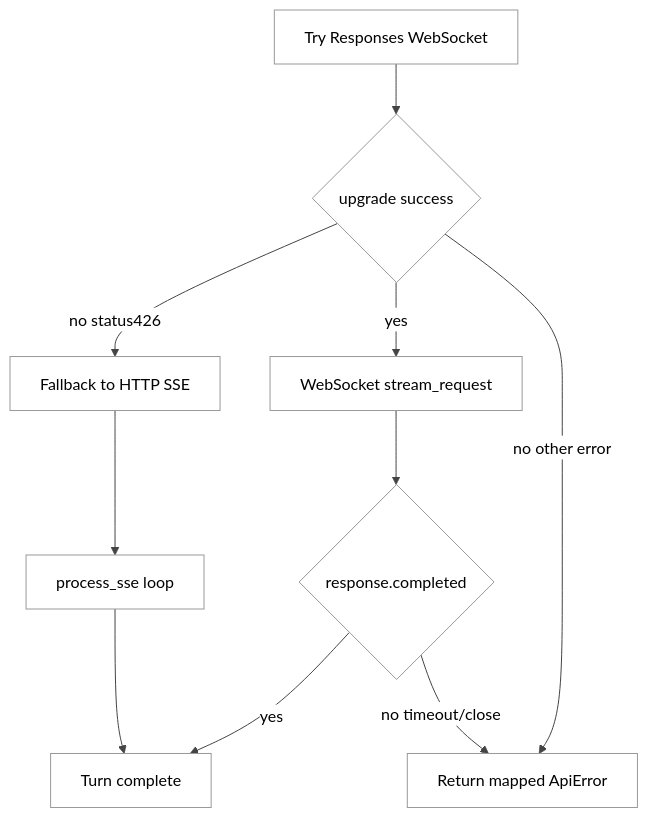
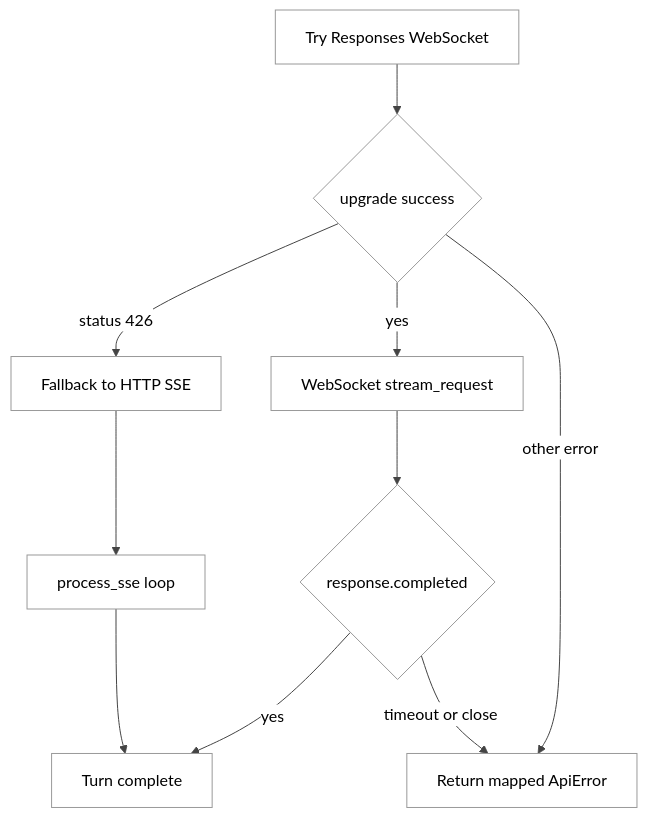
The sixth of 6 diagrams in Part I Principles and Usage/08-Provider与API模式.md (GLBB/codex-source-analysis), drawn with Mermaid before and after one commit. The commit also changed other lines of this file and 12 other files, not shown here.

````diff
--- a/Part I Principles and Usage/08-Provider与API模式.md
+++ b/Part I Principles and Usage/08-Provider与API模式.md
@@ -801,13 +816,13 @@
 ```mermaid
 %%{init: {"theme":"neutral","themeCSS":"svg { background: #ffffff !important; } .label, .nodeLabel, .edgeLabel, text { fill: #000000 !important; color: #000000 !important; }","themeVariables":{"background":"#ffffff","mainBkg":"#ffffff","primaryColor":"#f5f5f5","primaryTextColor":"#000000","primaryBorderColor":"#333333","lineColor":"#444444","secondaryColor":"#f6f8fa","tertiaryColor":"#ffffff","clusterBkg":"#fafafa","clusterBorder":"#888888","edgeLabelBackground":"#ffffff","fontFamily":"Helvetica"}}}%%
 flowchart TD
     A["Try Responses WebSocket"] --> B{"upgrade success"}
     B -->|yes| C["WebSocket stream_request"]
-    B -->|no status426| D["Fallback to HTTP SSE"]
-    B -->|no other error| E["Return mapped ApiError"]
+    B -->|status 426| D["Fallback to HTTP SSE"]
+    B -->|other error| E["Return mapped ApiError"]
     C --> F{"response.completed"}
     F -->|yes| G["Turn complete"]
-    F -->|no timeout/close| E
+    F -->|timeout or close| E
     D --> H["process_sse loop"]
     H --> G
 ```
````
